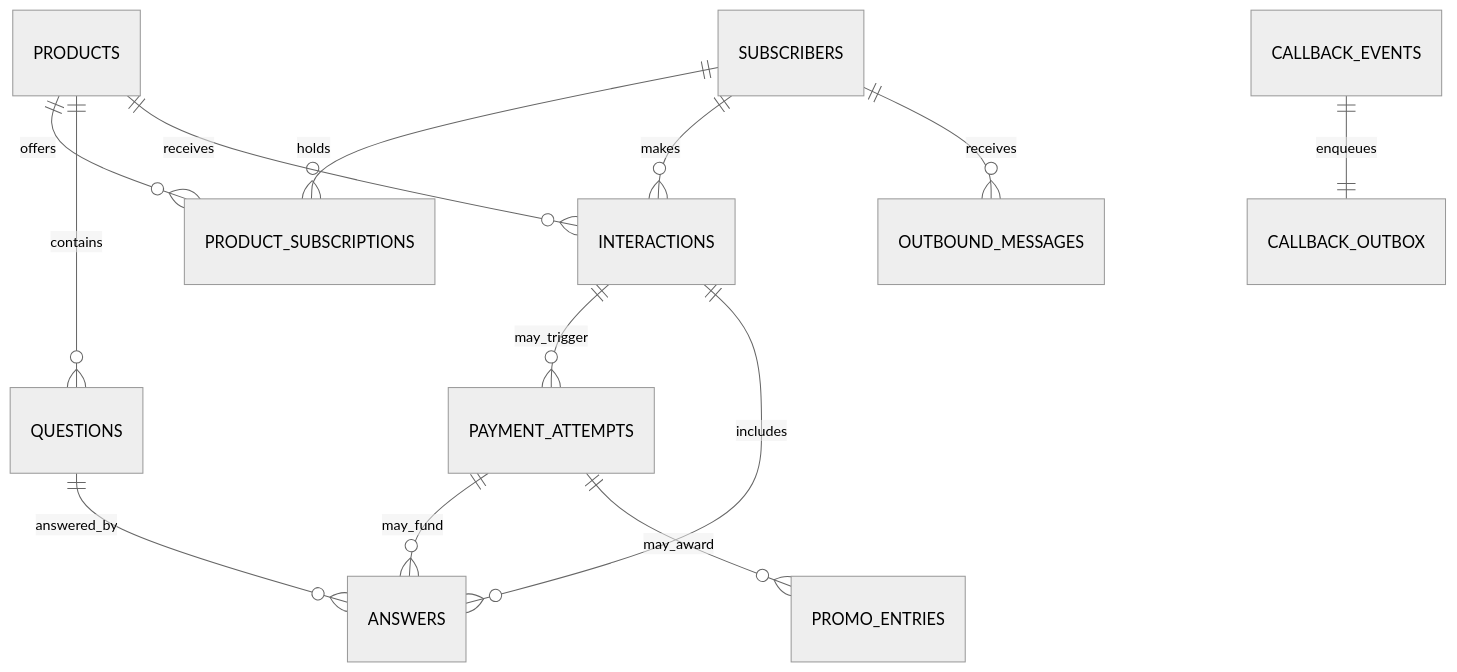
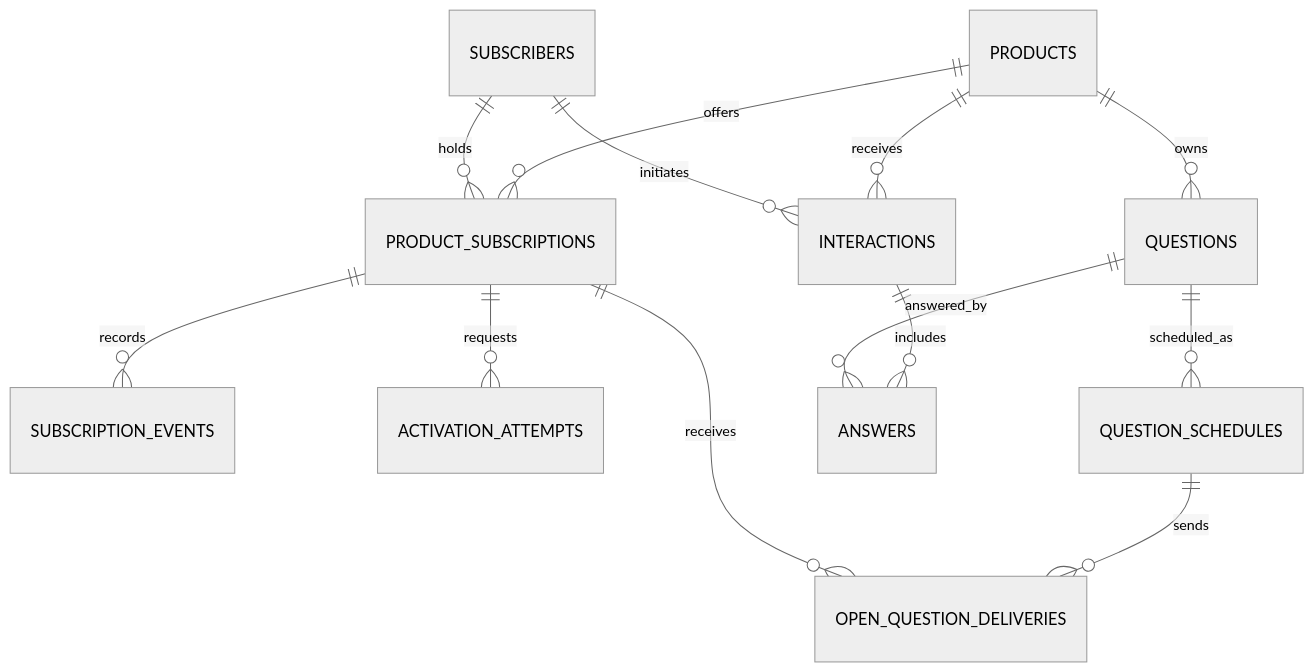
Before and after one commit to EMA-GREEN/YAS-SOKA-ISHIKISTAA-MEGAPROMO: the first of 2 diagrams in docs/schema.md, drawn with Mermaid (neutral theme). The commit also changed other lines of this file and 8 other files, not shown here.

Commit message:
Implement target domain schema and guarded migrator

````diff
--- a/docs/schema.md
+++ b/docs/schema.md
@@ -5,15 +7,15 @@
 ```mermaid
 erDiagram
   PRODUCTS ||--o{ PRODUCT_SUBSCRIPTIONS : offers
   SUBSCRIBERS ||--o{ PRODUCT_SUBSCRIPTIONS : holds
-  PRODUCTS ||--o{ QUESTIONS : contains
+  PRODUCT_SUBSCRIPTIONS ||--o{ SUBSCRIPTION_EVENTS : records
+  PRODUCT_SUBSCRIPTIONS ||--o{ ACTIVATION_ATTEMPTS : requests
+  PRODUCTS ||--o{ QUESTIONS : owns
+  QUESTIONS ||--o{ QUESTION_SCHEDULES : scheduled_as
+  QUESTION_SCHEDULES ||--o{ OPEN_QUESTION_DELIVERIES : sends
+  PRODUCT_SUBSCRIPTIONS ||--o{ OPEN_QUESTION_DELIVERIES : receives
   PRODUCTS ||--o{ INTERACTIONS : receives
-  SUBSCRIBERS ||--o{ INTERACTIONS : makes
-  INTERACTIONS ||--o{ PAYMENT_ATTEMPTS : may_trigger
+  SUBSCRIBERS ||--o{ INTERACTIONS : initiates
   INTERACTIONS ||--o{ ANSWERS : includes
   QUESTIONS ||--o{ ANSWERS : answered_by
-  PAYMENT_ATTEMPTS ||--o{ ANSWERS : may_fund
-  PAYMENT_ATTEMPTS ||--o{ PROMO_ENTRIES : may_award
-  SUBSCRIBERS ||--o{ OUTBOUND_MESSAGES : receives
-  CALLBACK_EVENTS ||--|| CALLBACK_OUTBOX : enqueues
 ```
````
